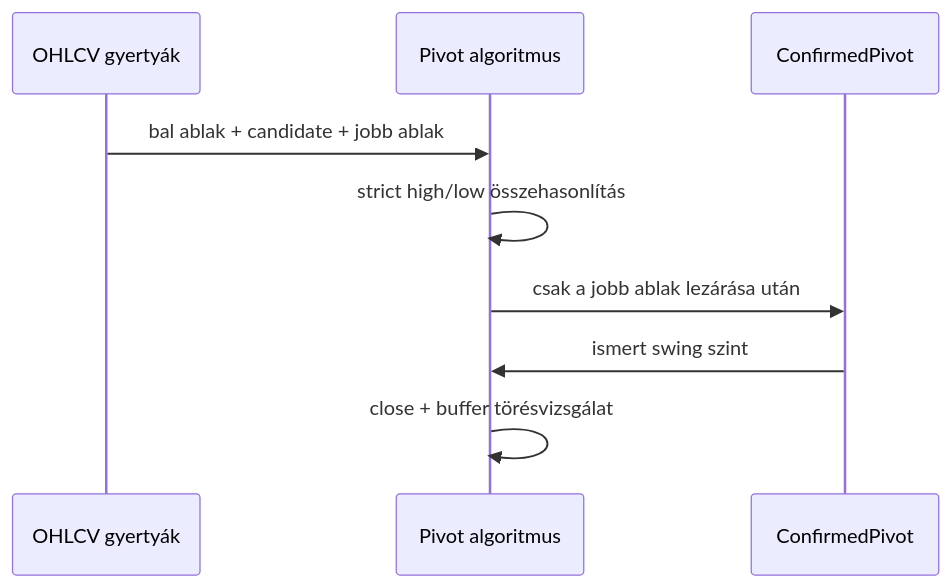
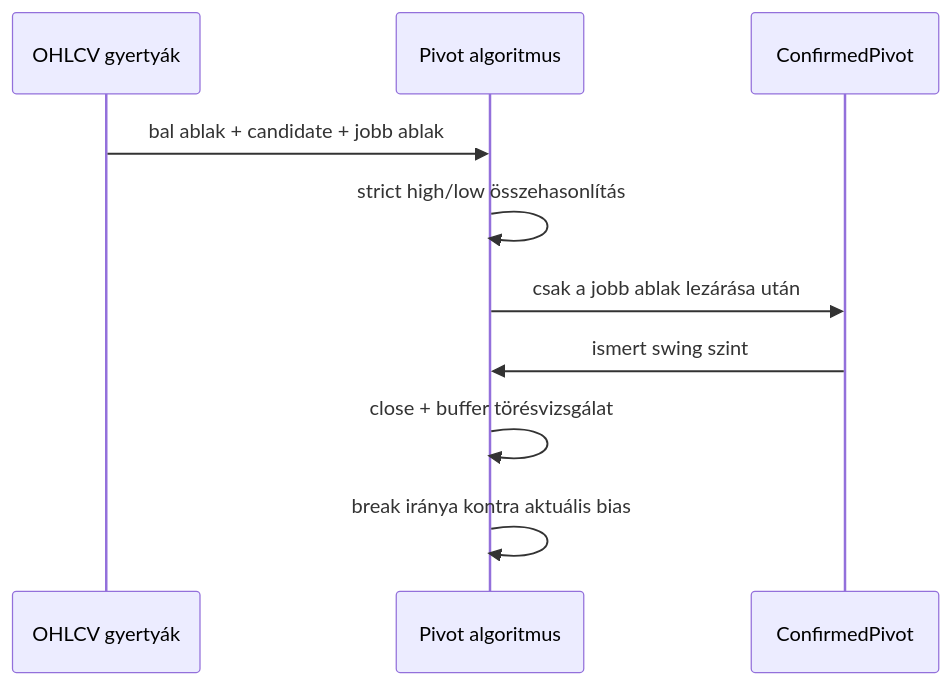
The diagram in docs/learning/phase-01-domain-model.md (varben685/cx2), drawn with Mermaid before and after one commit. The commit also changed other lines of this file and 5 other files, not shown here.

````diff
--- a/docs/learning/phase-01-domain-model.md
+++ b/docs/learning/phase-01-domain-model.md
@@ -29,12 +35,13 @@
 ```mermaid
 sequenceDiagram
     participant Data as OHLCV gyertyák
     participant Algo as Pivot algoritmus
     participant Pivot as ConfirmedPivot
 
     Data->>Algo: bal ablak + candidate + jobb ablak
     Algo->>Algo: strict high/low összehasonlítás
     Algo->>Pivot: csak a jobb ablak lezárása után
     Pivot->>Algo: ismert swing szint
     Algo->>Algo: close + buffer törésvizsgálat
+    Algo->>Algo: break iránya kontra aktuális bias
 ```
````
